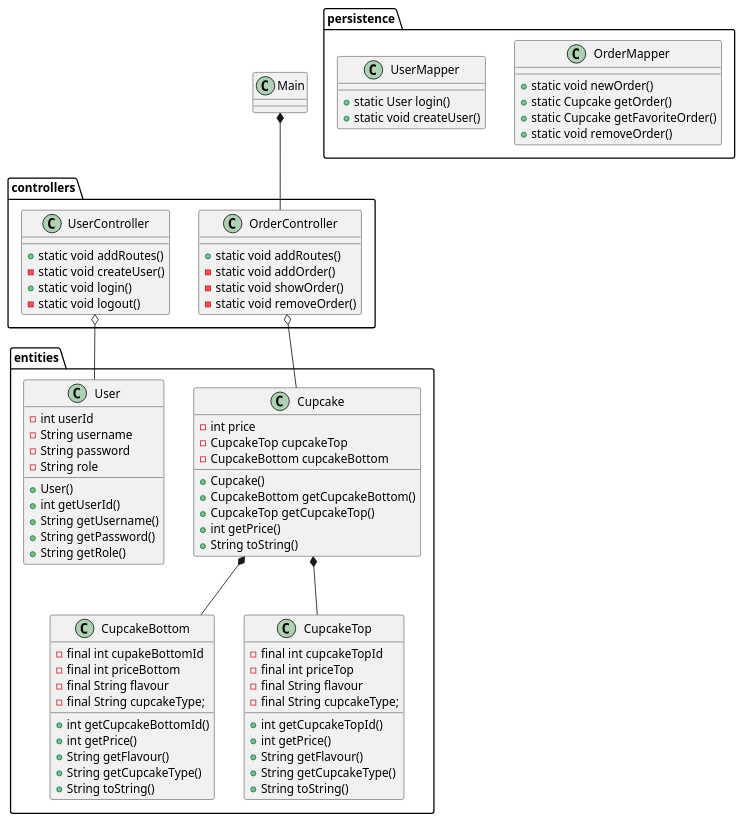
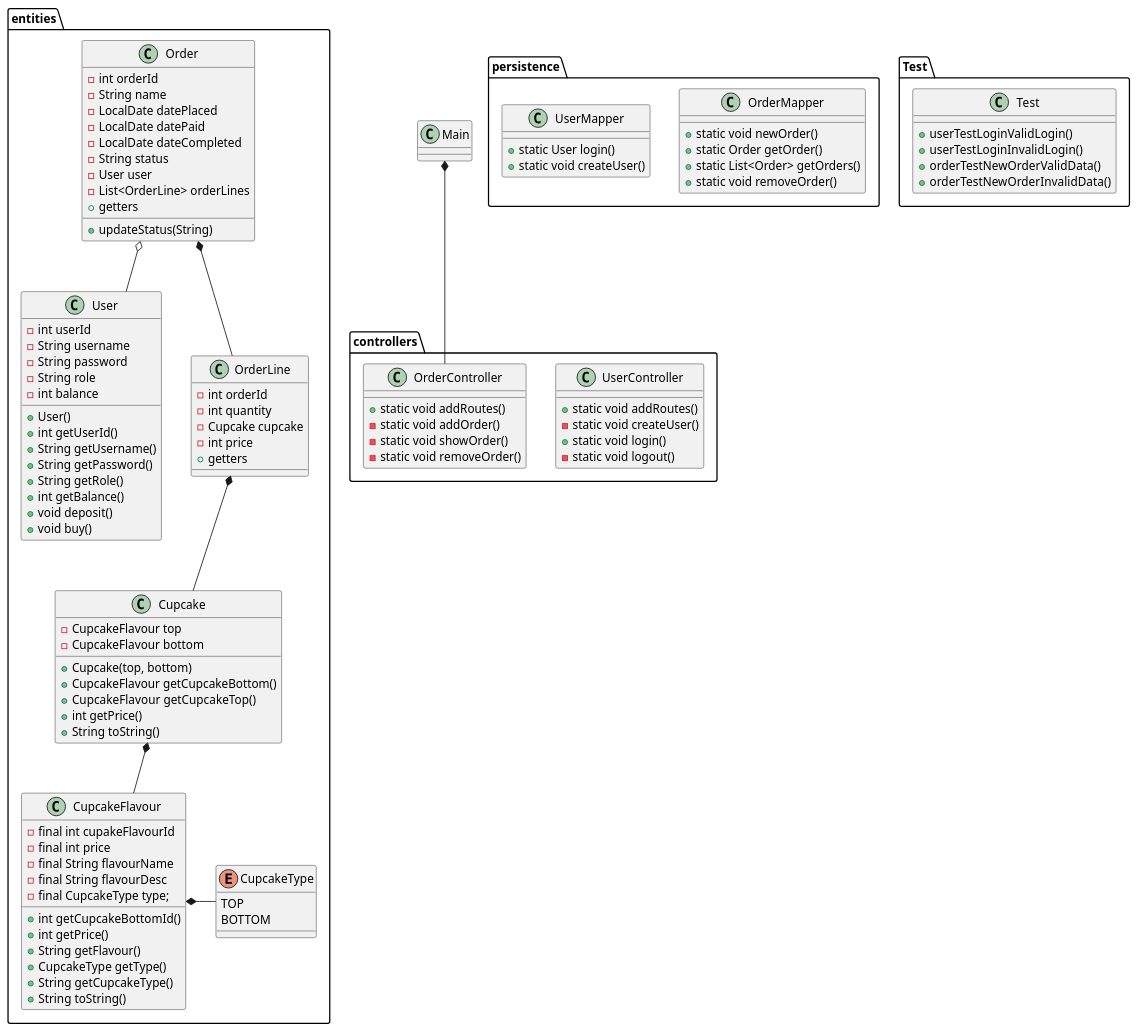
The diagram in docs/class-diagramv1.puml (AndyTheDragon/Cupcake), drawn with PlantUML before and after one commit.

Commit message:
Udviddet klassediagram

```diff
--- a/docs/class-diagramv1.puml
+++ b/docs/class-diagramv1.puml
@@ -1,97 +1,122 @@
 @startuml
 'https://plantuml.com/class-diagram
 
 class Main {
 }
+
 package entities {
-class CupcakeBottom {
-- final int cupakeBottomId
-- final int priceBottom
-- final String flavour
-- final String cupcakeType;
-+ int getCupcakeBottomId()
-+ int getPrice()
-+ String getFlavour()
-+ String getCupcakeType()
-'override
-+ String toString()
-}
-class CupcakeTop {
-- final int cupcakeTopId
-- final int priceTop
-- final String flavour
-- final String cupcakeType;
-+ int getCupcakeTopId()
-+ int getPrice()
-+ String getFlavour()
-+ String getCupcakeType()
-'override
-+ String toString()
-}
+    enum CupcakeType {
+        TOP
+        BOTTOM
+    }
+    class CupcakeFlavour {
+        - final int cupakeFlavourId
+        - final int price
+        - final String flavourName
+        - final String flavourDesc
+        - final CupcakeType type;
+        + int getCupcakeBottomId()
+        + int getPrice()
+        + String getFlavour()
+        + CupcakeType getType()
+        + String getCupcakeType()
+        'override
+        + String toString()
+    }
 
-class Cupcake {
-- int price
-- CupcakeTop cupcakeTop
-- CupcakeBottom cupcakeBottom
-+ Cupcake()
-+ CupcakeBottom getCupcakeBottom()
-+ CupcakeTop getCupcakeTop()
-+ int getPrice()
-'override
-+ String toString()
+    class Cupcake {
+        - CupcakeFlavour top
+        - CupcakeFlavour bottom
+        + Cupcake(top, bottom)
+        + CupcakeFlavour getCupcakeBottom()
+        + CupcakeFlavour getCupcakeTop()
+        + int getPrice()
+        'override
+        + String toString()
+    }
 
+    class User {
+        - int userId
+        - String username
+        - String password
+        - String role
+        - int balance
+        + User()
+        + int getUserId()
+        + String getUsername()
+        + String getPassword()
+        + String getRole()
+        + int getBalance()
+        + void deposit()
+        + void buy()
+    }
 
-
-}
-
-class User {
-- int userId
-- String username
-- String password
-- String role
-+ User()
-+ int getUserId()
-+ String getUsername()
-+ String getPassword()
-+ String getRole()
-}
+    class Order {
+        - int orderId
+        - String name
+        - LocalDate datePlaced
+        - LocalDate datePaid
+        - LocalDate dateCompleted
+        - String status
+        - User user
+        - List<OrderLine> orderLines
+        + getters
+        + updateStatus(String)
+    }
+    class OrderLine {
+        - int orderId
+        - int quantity
+        - Cupcake cupcake
+        - int price
+        + getters
+    }
 }
 
 package controllers {
-class UserController {
-+ static void addRoutes()
-- static void createUser()
-+ static void login()
-- static void logout()
-
-}
-class OrderController {
-+ static void addRoutes()
-- static void addOrder()
-- static void showOrder()
-- static void removeOrder()
-
-}
+    class UserController {
+        + static void addRoutes()
+        - static void createUser()
+        + static void login()
+        - static void logout()
+    }
+    class OrderController {
+        + static void addRoutes()
+        - static void addOrder()
+        - static void showOrder()
+        - static void removeOrder()
+    }
 }
 
 package persistence {
-class OrderMapper {
-+ static void newOrder()
-+ static Cupcake getOrder()
-+ static Cupcake getFavoriteOrder()
-+ static void removeOrder()
+    class OrderMapper {
+        + static void newOrder()
+        + static Order getOrder()
+        + static List<Order> getOrders()
+        + static void removeOrder()
+    }
+
+    class UserMapper {
+        + static User login()
+        + static void createUser()
+    }
 }
 
-class UserMapper {
-+ static User login()
-+ static void createUser()
-}
+package Test {
+ class Test {
+    + userTestLoginValidLogin()
+    + userTestLoginInvalidLogin()
+    + orderTestNewOrderValidData()
+    + orderTestNewOrderInvalidData()
+
+
+ }
 }
 
 Main *-- OrderController
-OrderController o-- Cupcake
-Cupcake *-- CupcakeBottom
-Cupcake *-- CupcakeTop
-UserController o-- User
+Cupcake *-- CupcakeFlavour
+Order *-- OrderLine
+Order o-- User
+OrderLine *-- Cupcake
+CupcakeFlavour *- CupcakeType
 
 @enduml
```
